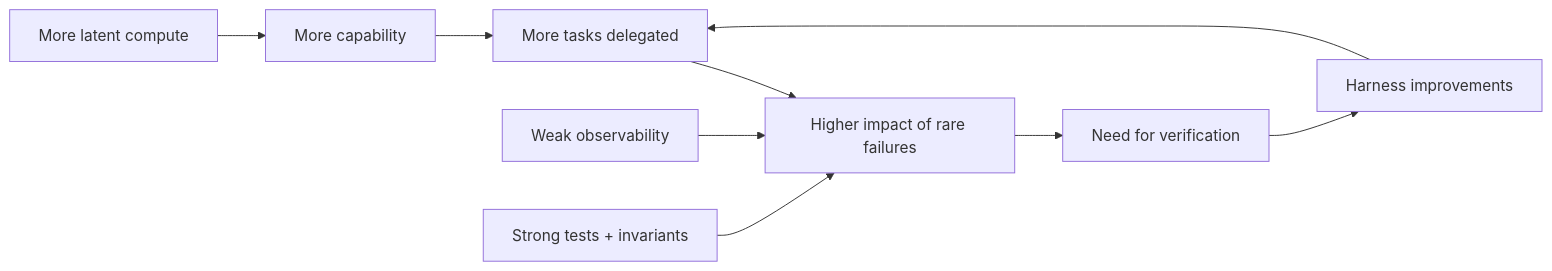
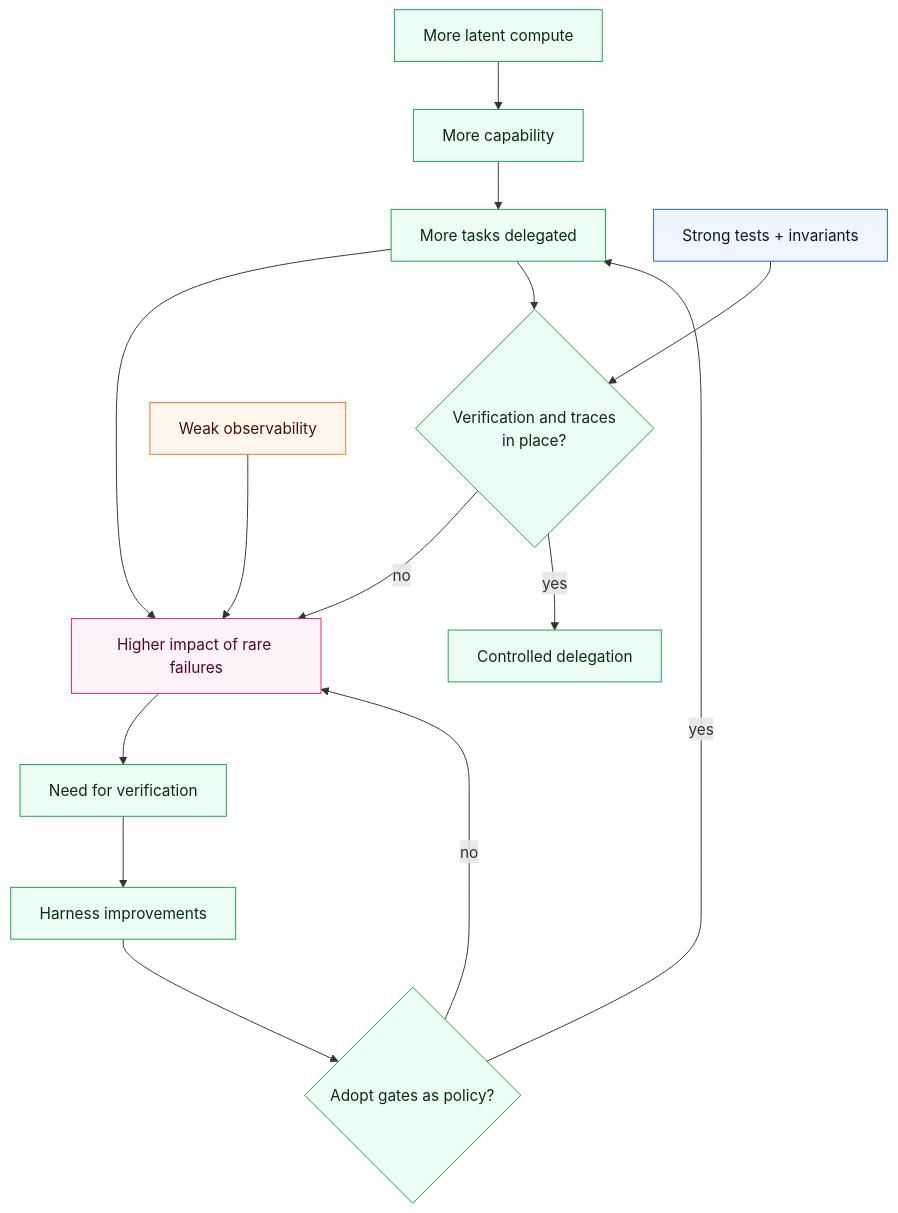
The second of 3 diagrams in docs/blog/posts/hrm-latent-reasoning-needs-verification.md (5Reasons/5reasons.github.io), drawn with Mermaid before and after one commit. The commit also changed other lines of this file and 14 other files, not shown here.

First line of the commit message:
Refactor diagrams and improve clarity in blog posts and case studies

````diff
--- a/docs/blog/posts/hrm-latent-reasoning-needs-verification.md
+++ b/docs/blog/posts/hrm-latent-reasoning-needs-verification.md
@@ -95,12 +130,26 @@
 ```mermaid
-graph LR;
-  A["More latent compute"] --> B["More capability"];
-  B --> C["More tasks delegated"];
-  C --> D["Higher impact of rare failures"];
-  D --> E["Need for verification"];
-  E --> F["Harness improvements"];
-  F --> C;
+flowchart TB
+  A["More latent compute"]:::p --> B["More capability"]:::p
+  B --> C["More tasks delegated"]:::p
+  C --> D["Higher impact of rare failures"]:::o
 
-  G["Weak observability"] --> D;
-  H["Strong tests + invariants"] --> D;
+  G1{"Verification and traces<br>in place?"}:::p
+  C --> G1
+  G1 -- no --> D
+  G1 -- yes --> P1["Controlled delegation"]:::p
+
+  D --> E["Need for verification"]:::p
+  E --> F["Harness improvements"]:::p
+  F --> G2{"Adopt gates as policy?"}:::p
+  G2 -- yes --> C
+  G2 -- no --> D
+
+  G["Weak observability"]:::r --> D
+  H["Strong tests + invariants"]:::i --> G1
+
+  %% brModel styles
+  classDef i fill:#eef6ff,stroke:#2563eb,stroke-width:1px,color:#0f172a;
+  classDef p fill:#ecfdf5,stroke:#16a34a,stroke-width:1px,color:#052e16;
+  classDef r fill:#fff7ed,stroke:#f97316,stroke-width:1px,color:#431407;
+  classDef o fill:#fdf2f8,stroke:#db2777,stroke-width:1px,color:#500724;
 ```
````
